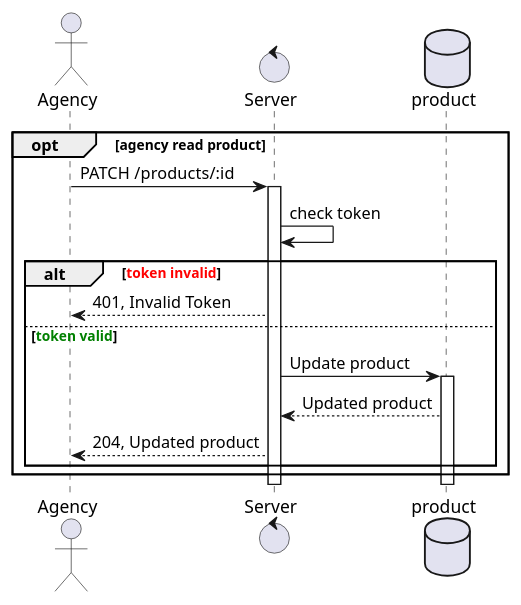
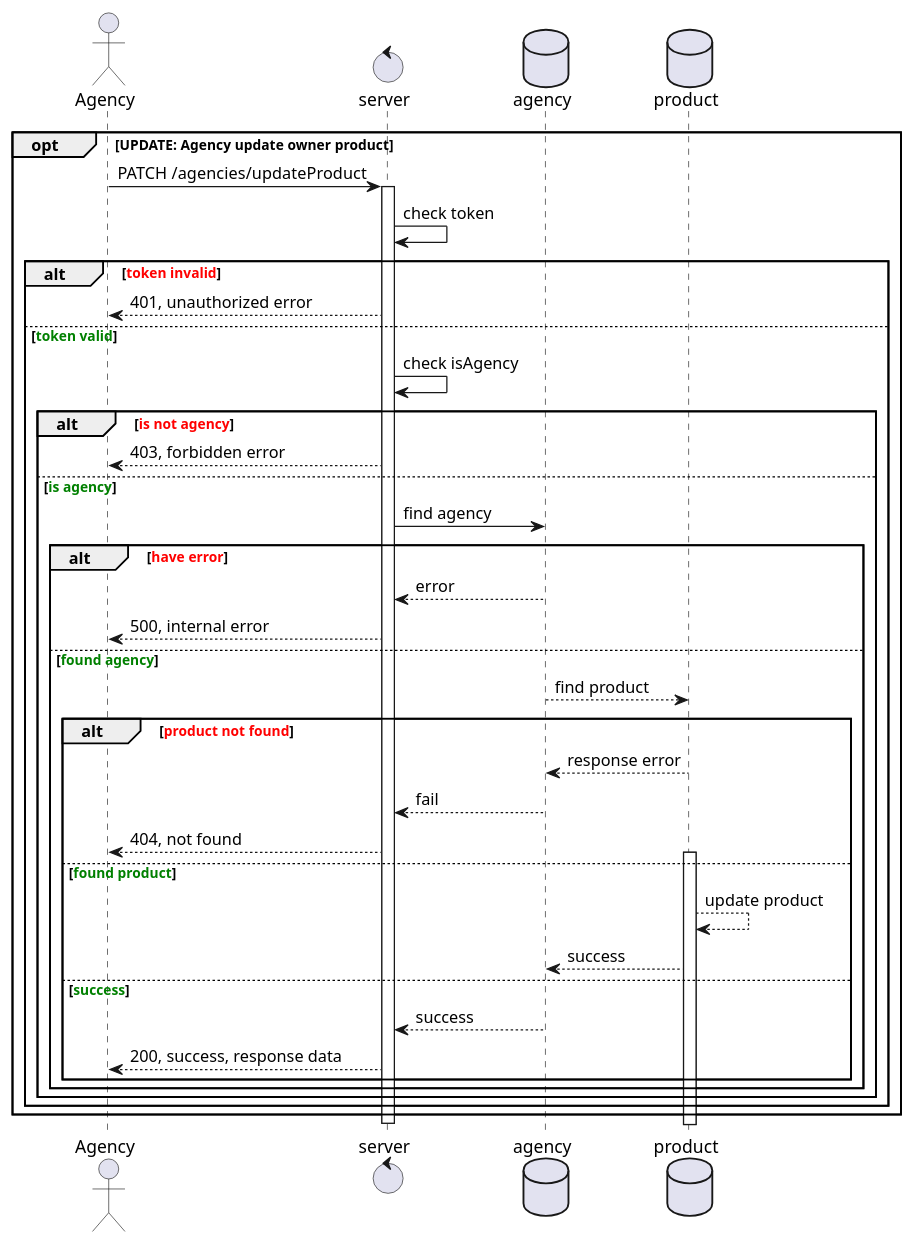
Before and after one commit to vuhoanganh1821/Backend_Test: the diagram in e-commercial/docs/sequence-diagram/agency/updateProduct.plantuml, drawn with PlantUML. The commit also changed 20 other files, not shown here.

Commit message:
BE-04 | improve sequence diagram

```diff
--- a/e-commercial/docs/sequence-diagram/agency/updateProduct.plantuml
+++ b/e-commercial/docs/sequence-diagram/agency/updateProduct.plantuml
@@ -1,23 +1,45 @@
-@startuml agency update of owner product
+@startuml update owner product agency sequence
 
-
-actor Agency
-control Server
+actor Agency 
+control server
+database agency
 database product
 
-opt agency read product
-  Agency -> Server: PATCH /products/:id
-  activate Server
-  Server -> Server: check token
-  alt <font color="Red">token invalid</font>
-    Agency <-- Server: 401, Invalid Token
-  else <font color="Green">token valid</font>
-    Server -> product: Update product
-    activate product
-    Server <-- product: Updated product
-    Agency <-- Server: 204, Updated product
+opt UPDATE: Agency update owner product
+  Agency -> server: PATCH /agencies/updateProduct
+  activate server
+  server -> server: check token
+  alt <font color=red>token invalid</font>
+    server --> Agency: 401, unauthorized error
+  else <font color=green>token valid</font>
+    server -> server: check isAgency
+    alt <font color=red>is not agency</font>
+      server --> Agency: 403, forbidden error
+    else <font color=green>is agency</font>
+      server -> agency: find agency
+      alt <font color=red>have error</font>
+        agency --> server: error
+        server --> Agency: 500, internal error
+      else <font color=green>found agency</font>
+        agency --> product: find product
+        alt <font color=red>product not found</font>
+          product --> agency: response error
+          agency --> server: fail
+          server --> Agency: 404, not found
+        else <font color=green>found product</font>
+          activate product
+          product --> product: update product
+          product --> agency: success
+        else <font color=green>success</font>
+
+          agency --> server: success
+          server --> Agency: 200, success, response data
+          end
+        end
+      end
+    end
   end
-end
+    deactivate server
 
 
 @enduml
```
